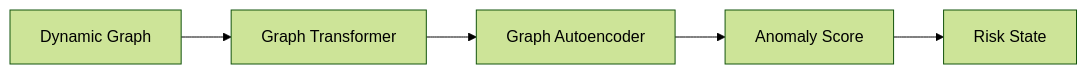
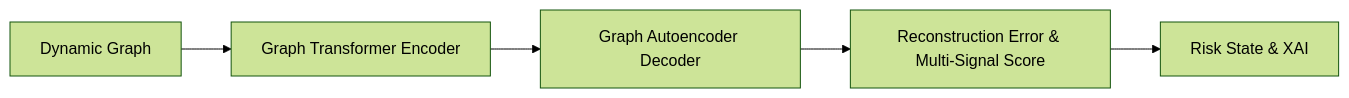
The second of 7 diagrams in README.md (Etrlnx/pjt_1), drawn with Mermaid (forest theme) before and after one commit. The commit also changed other lines of this file and 7 other files, not shown here.

Commit message:
Made changes to the graph transformer and the readme

````diff
--- a/README.md
+++ b/README.md
@@ -121,8 +121,8 @@
 ```mermaid
 flowchart LR
 
-A[Dynamic Graph] --> B[Graph Transformer]
-B --> C[Graph Autoencoder]
-C --> D[Anomaly Score]
-D --> E[Risk State]
+A[Dynamic Graph] --> B[Graph Transformer Encoder]
+B --> C[Graph Autoencoder Decoder]
+C --> D[Reconstruction Error & Multi-Signal Score]
+D --> E[Risk State & XAI]
 ```
````
